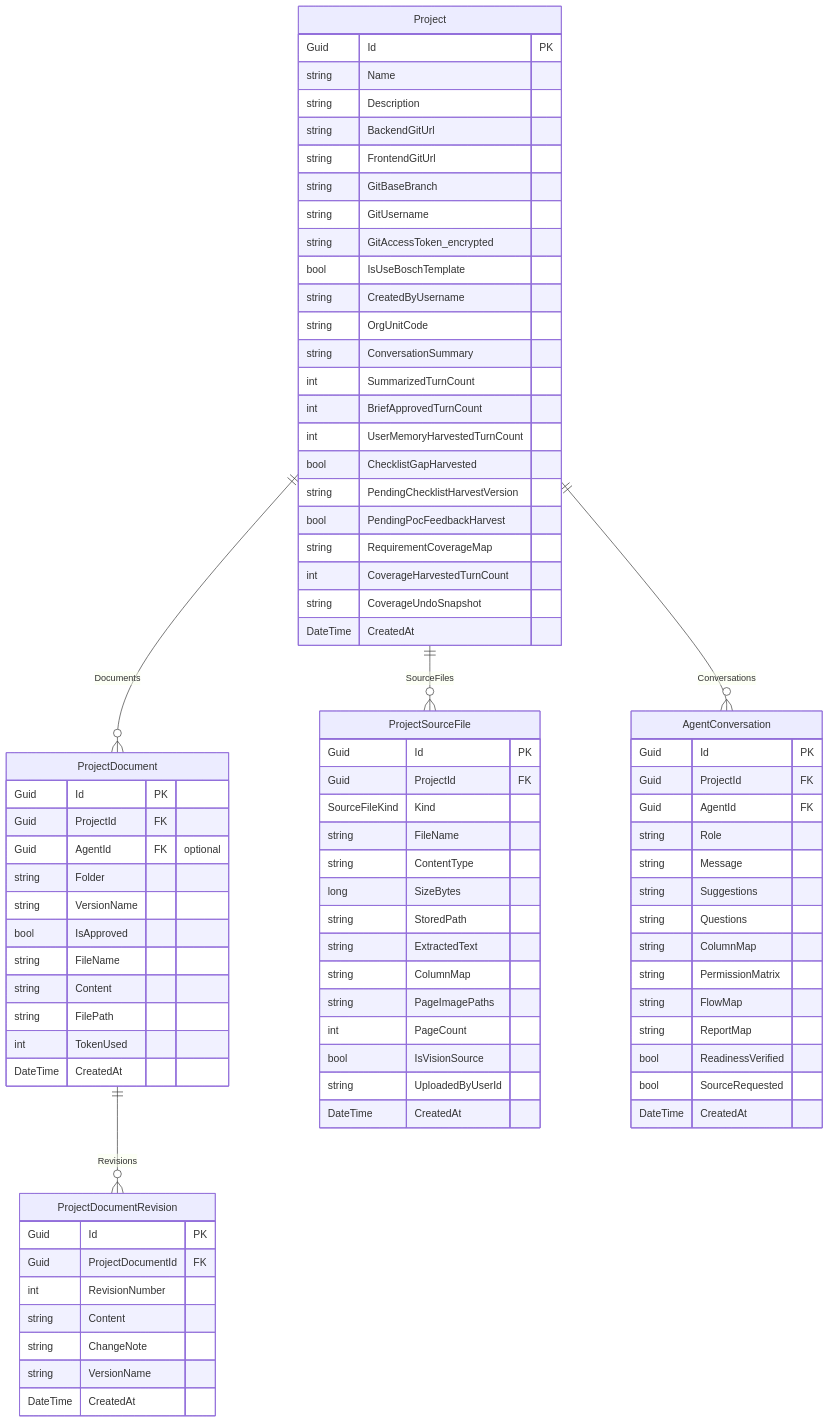
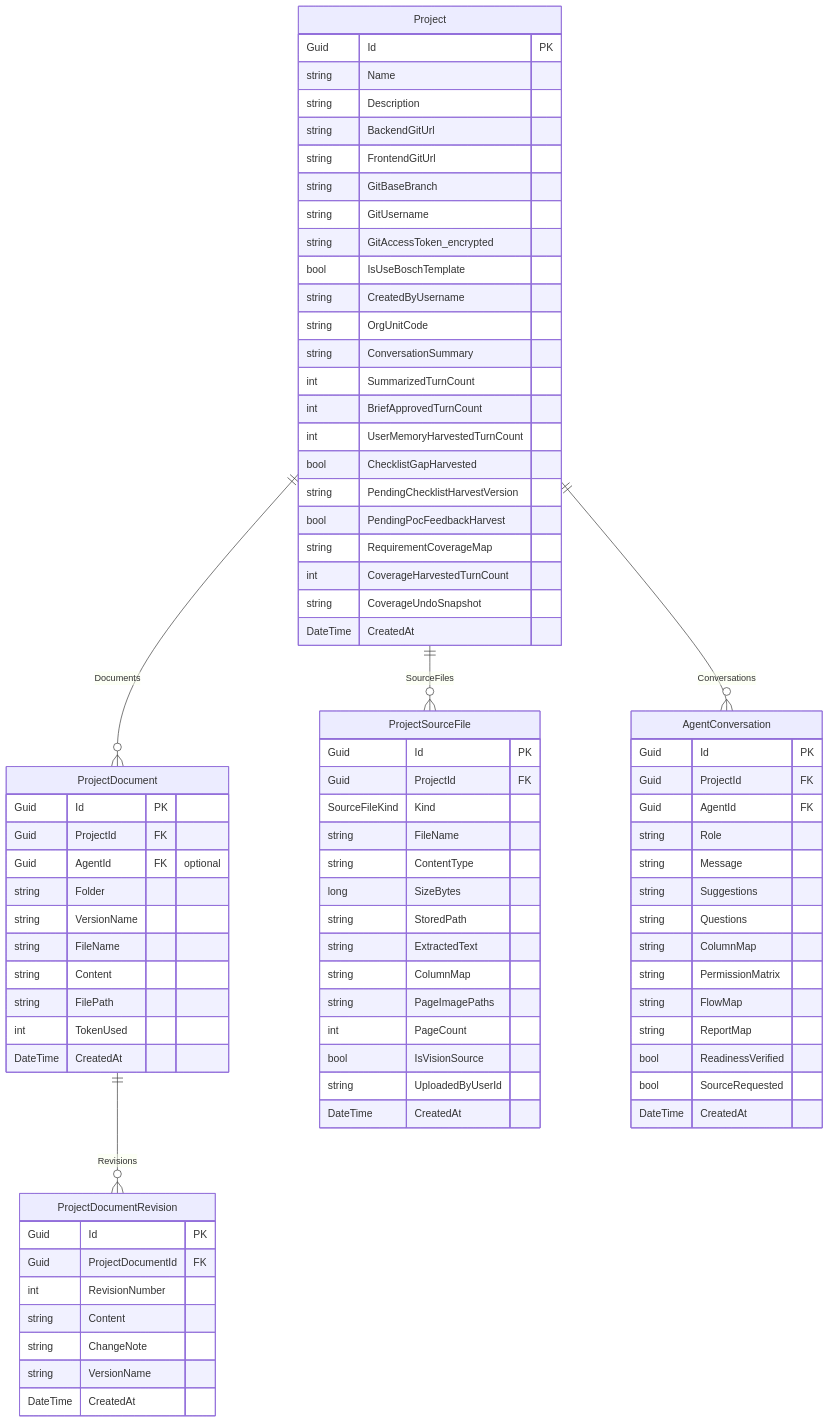
One commit to Songlong0506/ICOGenerator-v4 changed the second of 9 diagrams in docs/data-model.md. Above: the diagram before and after it, drawn with Mermaid. The commit also changed other lines of this file and 41 other files, not shown here.

```diff
--- a/docs/data-model.md
+++ b/docs/data-model.md
@@ -131,7 +131,6 @@
         Guid AgentId FK "optional"
         string Folder
         string VersionName
-        bool IsApproved
         string FileName
         string Content
         string FilePath
```
